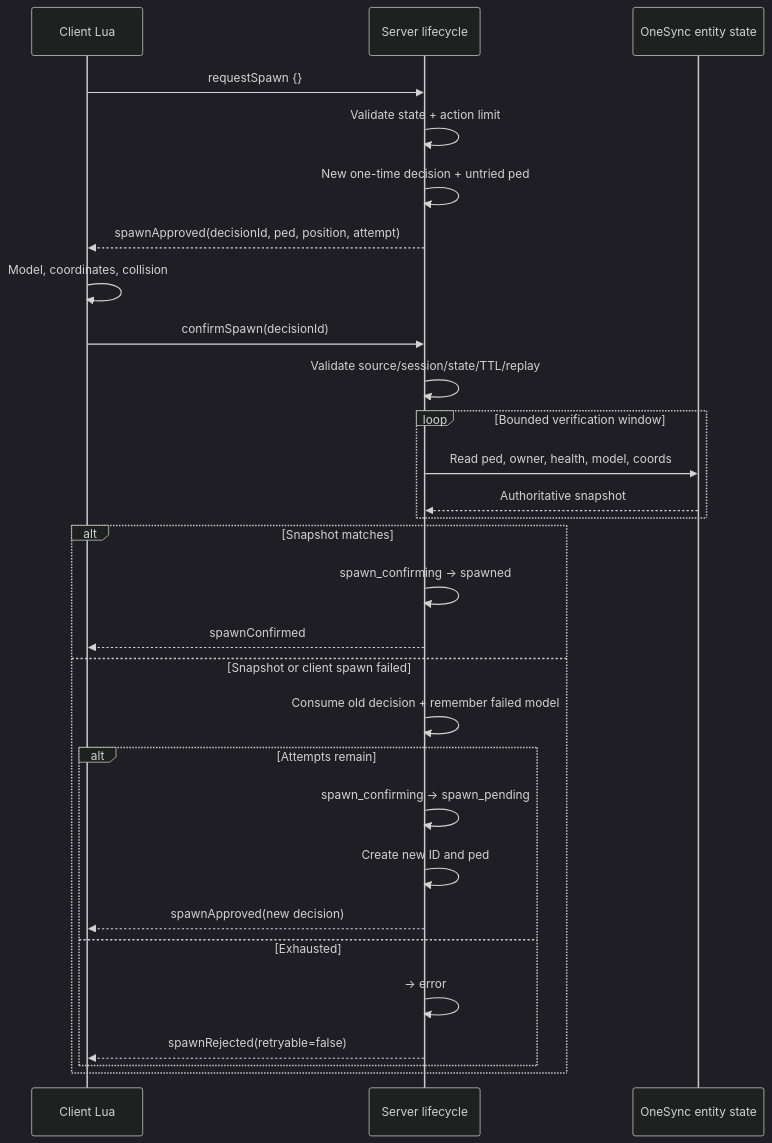
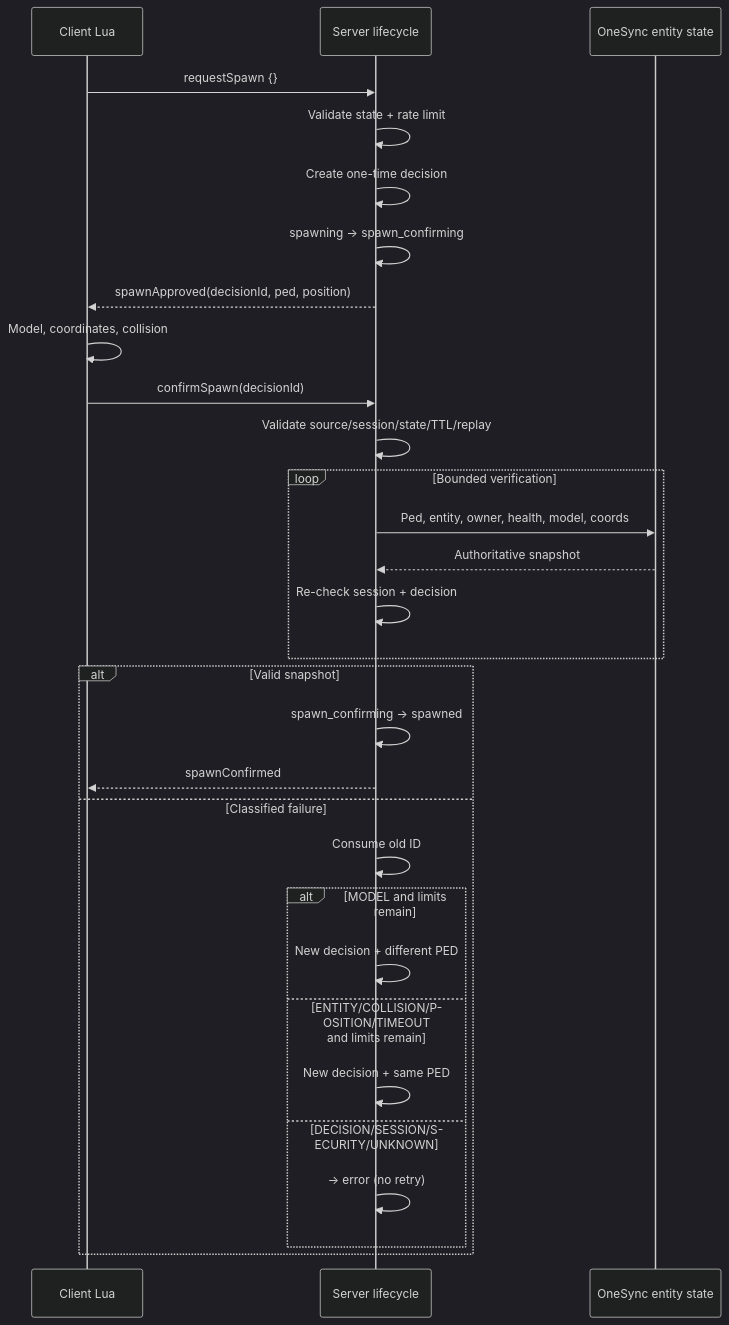
One commit to chel38/GCore changed the diagram in docs/diagrams/spawn-flow.md. Above: the diagram before and after it, drawn with Mermaid (dark theme). The commit also changed other lines of this file and 56 other files, not shown here.

````diff
--- a/docs/diagrams/spawn-flow.md
+++ b/docs/diagrams/spawn-flow.md
@@ -3,32 +3,33 @@
 ```mermaid
 sequenceDiagram
     participant C as Client Lua
     participant S as Server lifecycle
     participant O as OneSync entity state
 
     C->>S: requestSpawn {}
-    S->>S: Validate state + action limit
-    S->>S: New one-time decision + untried ped
-    S-->>C: spawnApproved(decisionId, ped, position, attempt)
+    S->>S: Validate state + rate limit
+    S->>S: Create one-time decision
+    S->>S: spawning → spawn_confirming
+    S-->>C: spawnApproved(decisionId, ped, position)
     C->>C: Model, coordinates, collision
     C->>S: confirmSpawn(decisionId)
     S->>S: Validate source/session/state/TTL/replay
-    loop Bounded verification window
-        S->>O: Read ped, owner, health, model, coords
+    loop Bounded verification
+        S->>O: Ped, entity, owner, health, model, coords
         O-->>S: Authoritative snapshot
+        S->>S: Re-check session + decision
     end
-    alt Snapshot matches
+    alt Valid snapshot
         S->>S: spawn_confirming → spawned
         S-->>C: spawnConfirmed
-    else Snapshot or client spawn failed
-        S->>S: Consume old decision + remember failed model
-        alt Attempts remain
-            S->>S: spawn_confirming → spawn_pending
-            S->>S: Create new ID and ped
-            S-->>C: spawnApproved(new decision)
-        else Exhausted
-            S->>S: → error
-            S-->>C: spawnRejected(retryable=false)
+    else Classified failure
+        S->>S: Consume old ID
+        alt MODEL and limits remain
+            S->>S: New decision + different PED
+        else ENTITY/COLLISION/POSITION/TIMEOUT and limits remain
+            S->>S: New decision + same PED
+        else DECISION/SESSION/SECURITY/UNKNOWN
+            S->>S: → error (no retry)
         end
     end
 ```
````
